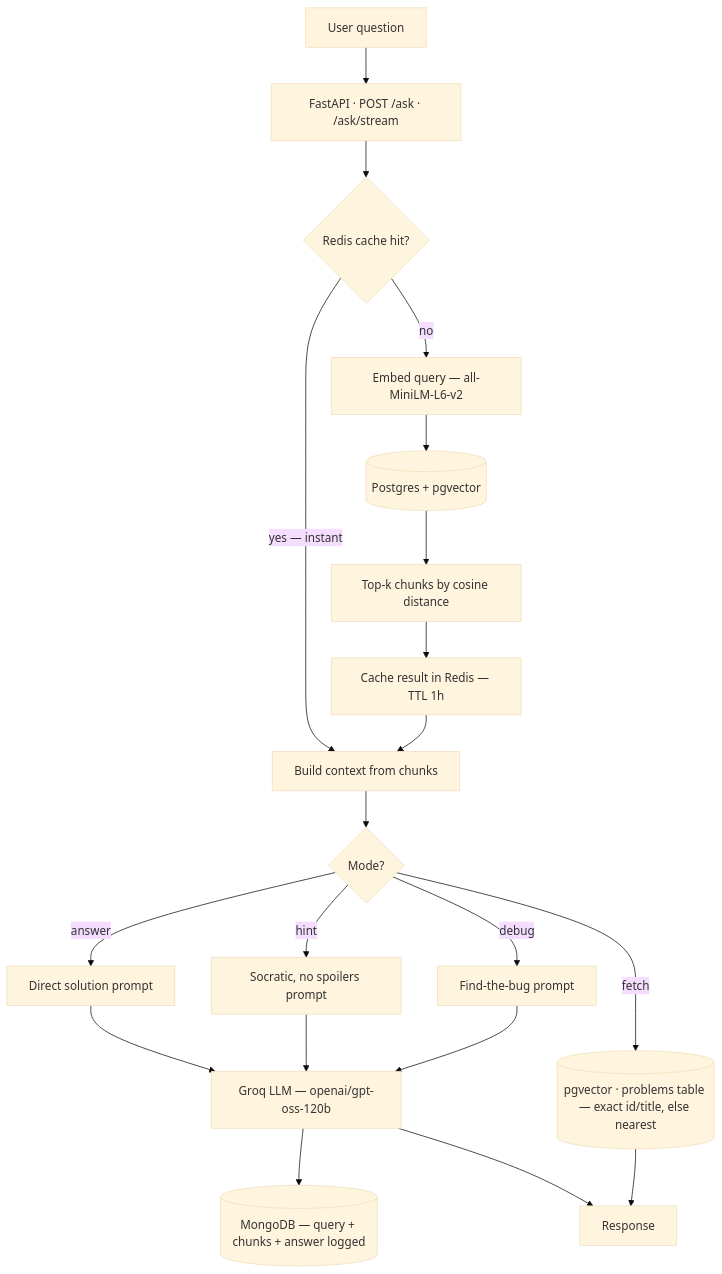
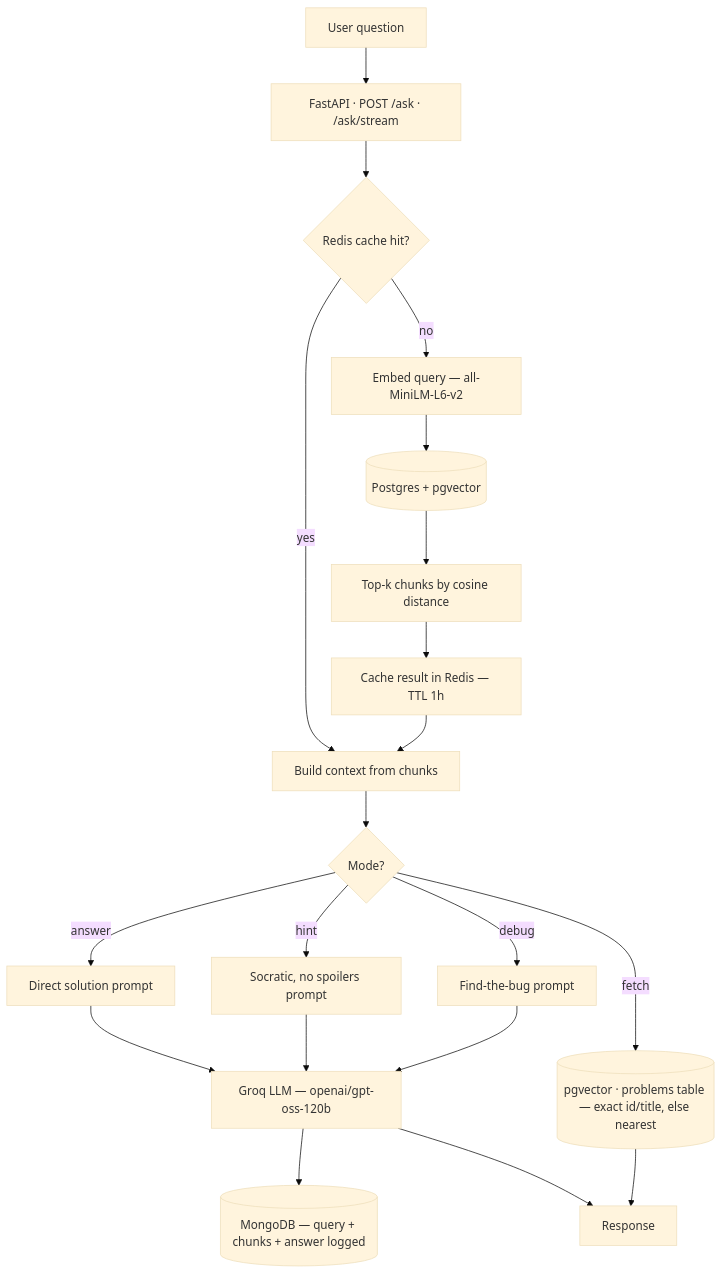
Before and after one commit to Nitingupta0/Tutor: the first of 2 diagrams in README.md, drawn with Mermaid (base theme). The commit also changed other lines of this file and 2 other files, not shown here.

````diff
--- a/README.md
+++ b/README.md
@@ -27,20 +27,20 @@
 ```mermaid
 flowchart TD
     U["User question"] --> API["FastAPI · POST /ask · /ask/stream"]
     API --> C{"Redis cache hit?"}
-    C -- "yes — instant" --> CTX
+    C -- "yes" --> CTX
     C -- "no" --> EMB["Embed query — all-MiniLM-L6-v2"]
     EMB --> PG[("Postgres + pgvector")]
     PG --> TOPK["Top-k chunks by cosine distance"]
     TOPK --> CACHESET["Cache result in Redis — TTL 1h"]
     CACHESET --> CTX["Build context from chunks"]
     CTX --> MODE{"Mode?"}
     MODE -- "answer" --> P1["Direct solution prompt"]
     MODE -- "hint" --> P2["Socratic, no spoilers prompt"]
     MODE -- "debug" --> P3["Find-the-bug prompt"]
     MODE -- "fetch" --> PROB[("pgvector · problems table — exact id/title, else nearest")]
     P1 & P2 & P3 --> LLM["Groq LLM — openai/gpt-oss-120b"]
     LLM --> LOG[("MongoDB — query + chunks + answer logged")]
     LLM --> RESP["Response"]
     PROB --> RESP
 ```
````
